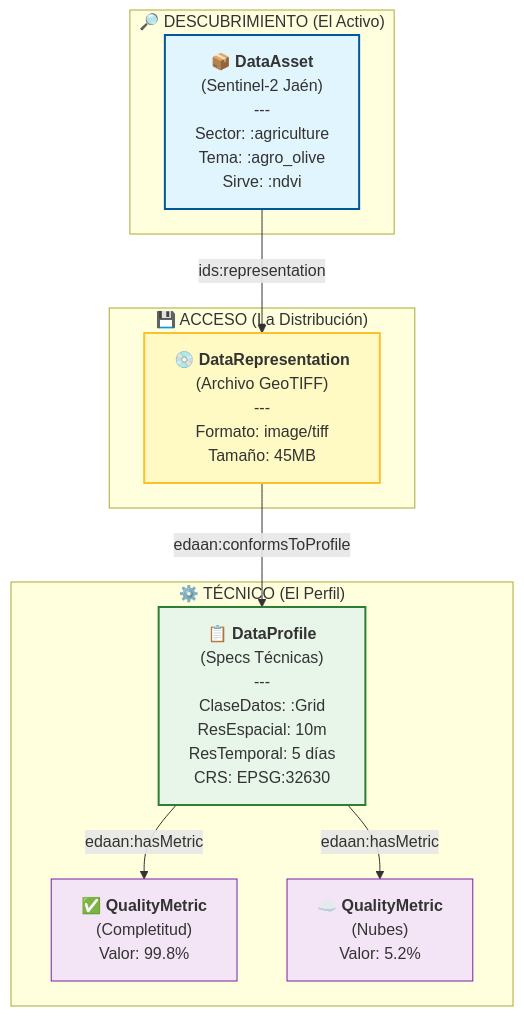
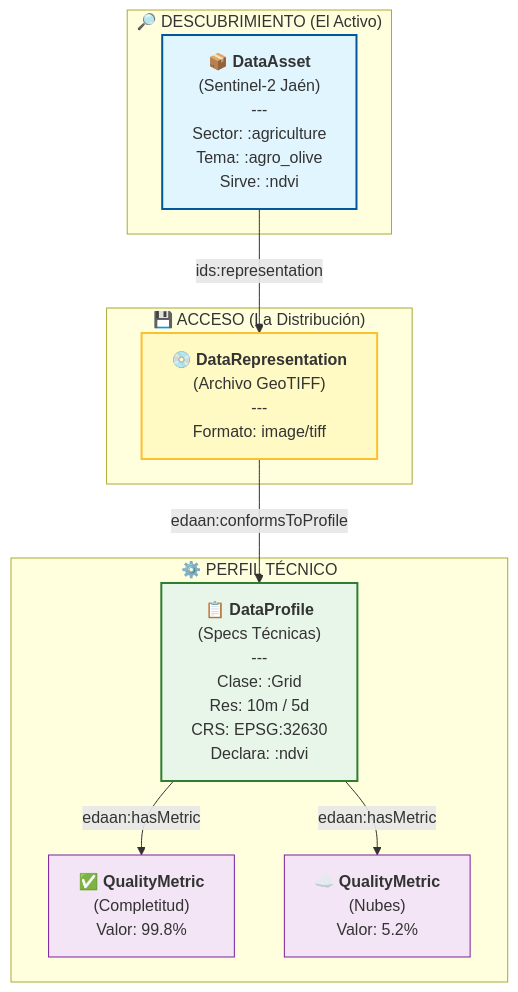
Before and after one commit to KhaosResearch/EDAAnOWL: the diagram in INTEGRATION_DEMO.md, drawn with Mermaid. The commit also changed other lines of this file, not shown here.

Commit message:
Refine integration demo with fixed diagrams and matchmaking use case

````diff
--- a/INTEGRATION_DEMO.md
+++ b/INTEGRATION_DEMO.md
@@ -21,31 +21,31 @@
 ```mermaid
 graph TD
-    %% Subgraphs for logical grouping
+    %% Subgraphs
     subgraph "🔎 DESCUBRIMIENTO (El Activo)"
         Asset["📦 <b>DataAsset</b><br/>(Sentinel-2 Jaén)<br/>---<br/>Sector: :agriculture<br/>Tema: :agro_olive<br/>Sirve: :ndvi"]
     end
 
     subgraph "💾 ACCESO (La Distribución)"
-        Dist["💿 <b>DataRepresentation</b><br/>(Archivo GeoTIFF)<br/>---<br/>Formato: image/tiff<br/>Tamaño: 45MB"]
+        Dist["💿 <b>DataRepresentation</b><br/>(Archivo GeoTIFF)<br/>---<br/>Formato: image/tiff"]
     end
 
-    subgraph "⚙️ TÉCNICO (El Perfil)"
-        Profile["📋 <b>DataProfile</b><br/>(Specs Técnicas)<br/>---<br/>ClaseDatos: :Grid<br/>ResEspacial: 10m<br/>ResTemporal: 5 días<br/>CRS: EPSG:32630"]
+    subgraph "⚙️ PERFIL TÉCNICO"
+        Profile["📋 <b>DataProfile</b><br/>(Specs Técnicas)<br/>---<br/>Clase: :Grid<br/>Res: 10m / 5d<br/>CRS: EPSG:32630<br/>Declara: :ndvi"]
         
         Metric1["✅ <b>QualityMetric</b><br/>(Completitud)<br/>Valor: 99.8%"]
         Metric2["☁️ <b>QualityMetric</b><br/>(Nubes)<br/>Valor: 5.2%"]
     end
 
     %% Relationships
     Asset -->|"ids:representation"| Dist
     Dist -->|"edaan:conformsToProfile"| Profile
     Profile -->|"edaan:hasMetric"| Metric1
     Profile -->|"edaan:hasMetric"| Metric2
 
     %% Styling
     style Asset fill:#e1f5fe,stroke:#01579b,stroke-width:2px
     style Dist fill:#fff9c4,stroke:#fbc02d,stroke-width:2px
     style Profile fill:#e8f5e9,stroke:#2e7d32,stroke-width:2px
     style Metric1 fill:#f3e5f5,stroke:#7b1fa2,stroke-width:1px
     style Metric2 fill:#f3e5f5,stroke:#7b1fa2,stroke-width:1px
 ```
````
